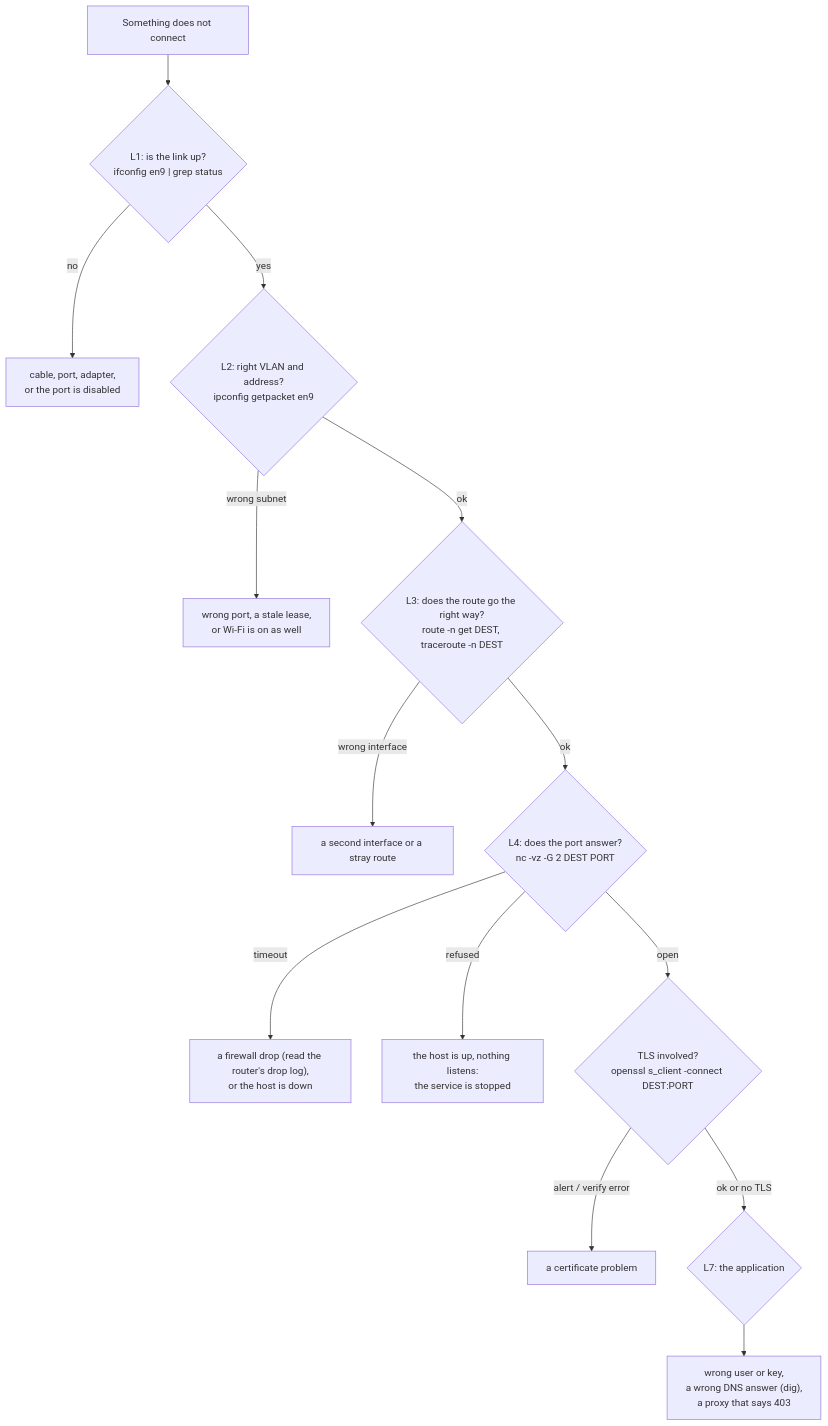
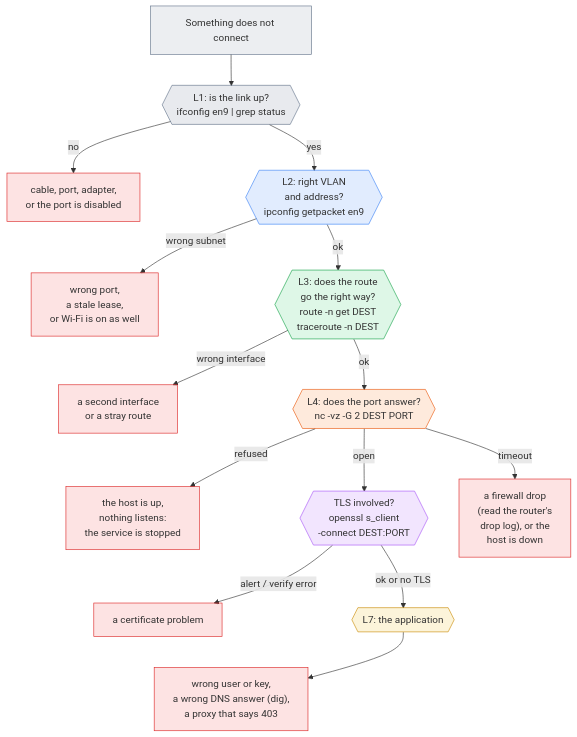
The second of 2 diagrams in content/pages/networking/basics/osi-model.mdx (mithun3/tech-blog), drawn with Mermaid before and after one commit. The commit also changed other lines of this file and 8 other files, not shown here.

Commit message:
mermaid updates.

````diff
--- a/content/pages/networking/basics/osi-model.mdx
+++ b/content/pages/networking/basics/osi-model.mdx
@@ -86,16 +99,38 @@
 ```mermaid
+---
+config:
+  look: classic
+  fontFamily: "system-ui, -apple-system, Segoe UI, Roboto, Helvetica, Arial, sans-serif"
+  themeCSS: ".node rect, .cluster rect { rx: 6px; ry: 6px; }"
+  flowchart:
+    wrappingWidth: 200
+  themeVariables:
+    mainBkg: "#64748b1f"
+    nodeBorder: "#64748b"
+    clusterBkg: "#64748b14"
+    clusterBorder: "#64748b99"
+---
 flowchart TD
-    S["Something does not connect"] --> L1{"L1: is the link up?<br/>ifconfig en9 | grep status"}
+    S["Something does not connect"] --> L1{{"L1: is the link up?<br/>ifconfig en9 | grep status"}}
+    L1 -->|"yes"| L2{{"L2: right VLAN<br/>and address?<br/>ipconfig getpacket en9"}}
     L1 -->|"no"| F1["cable, port, adapter,<br/>or the port is disabled"]
-    L1 -->|"yes"| L2{"L2: right VLAN and address?<br/>ipconfig getpacket en9"}
-    L2 -->|"wrong subnet"| F2["wrong port, a stale lease,<br/>or Wi-Fi is on as well"]
-    L2 -->|"ok"| L3{"L3: does the route go the right way?<br/>route -n get DEST, traceroute -n DEST"}
-    L3 -->|"wrong interface"| F3["a second interface or a stray route"]
-    L3 -->|"ok"| L4{"L4: does the port answer?<br/>nc -vz -G 2 DEST PORT"}
-    L4 -->|"timeout"| F4["a firewall drop (read the router's drop log),<br/>or the host is down"]
-    L4 -->|"refused"| F5["the host is up, nothing listens:<br/>the service is stopped"]
-    L4 -->|"open"| T{"TLS involved?<br/>openssl s_client -connect DEST:PORT"}
+    L2 -->|"ok"| L3{{"L3: does the route<br/>go the right way?<br/>route -n get DEST<br/>traceroute -n DEST"}}
+    L2 -->|"wrong subnet"| F2["wrong port,<br/>a stale lease,<br/>or Wi-Fi is on as well"]
+    L3 -->|"ok"| L4{{"L4: does the port answer?<br/>nc -vz -G 2 DEST PORT"}}
+    L3 -->|"wrong interface"| F3["a second interface<br/>or a stray route"]
+    L4 -->|"open"| T{{"TLS involved?<br/>openssl s_client<br/>-connect DEST:PORT"}}
+    L4 -->|"refused"| F5["the host is up,<br/>nothing listens:<br/>the service is stopped"]
+    L4 -->|"timeout"| F4["a firewall drop<br/>(read the router's<br/>drop log), or the<br/>host is down"]
+    T -->|"ok or no TLS"| L7{{"L7: the application"}}
     T -->|"alert / verify error"| F6["a certificate problem"]
-    T -->|"ok or no TLS"| L7{"L7: the application"}
     L7 --> F7["wrong user or key,<br/>a wrong DNS answer (dig),<br/>a proxy that says 403"]
+    F1 ~~~ F2 ~~~ F3 ~~~ F5 ~~~ F6 ~~~ F7
+    style L1 fill:#64748b26,stroke:#64748b
+    style L2 fill:#3b82f626,stroke:#3b82f6
+    style L3 fill:#22c55e26,stroke:#16a34a
+    style L4 fill:#f9731626,stroke:#ea580c
+    style T fill:#a855f726,stroke:#a855f7
+    style L7 fill:#eab30826,stroke:#ca8a04
+    classDef fault fill:#ef444426,stroke:#dc2626
+    class F1,F2,F3,F4,F5,F6,F7 fault
 ```
````
